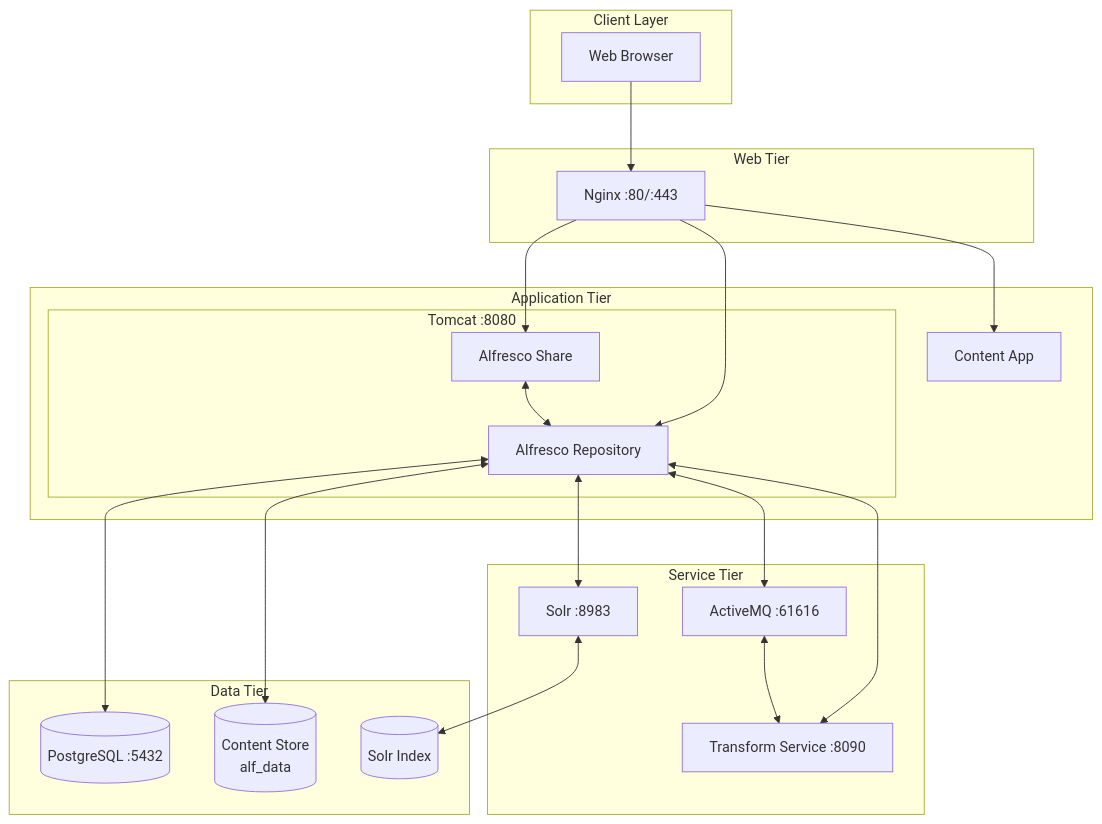
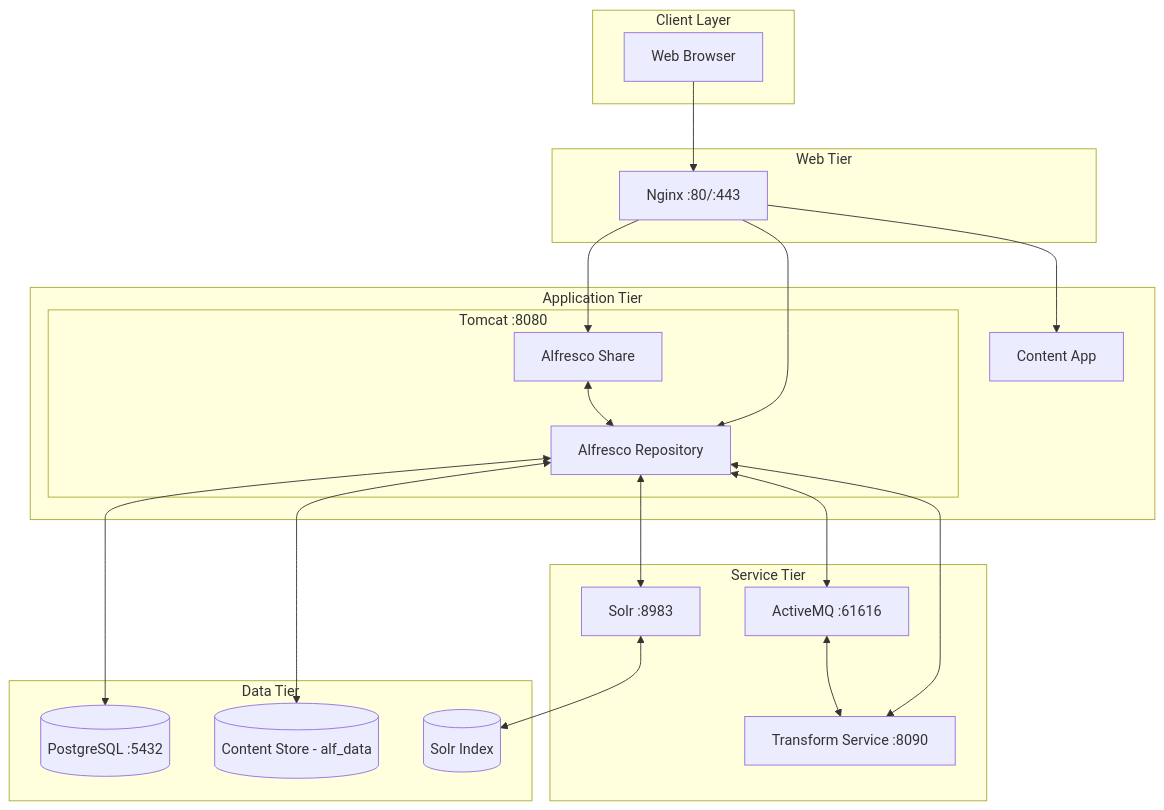
Before and after one commit to aborroy/alfresco-ubuntu-installer: the first of 7 diagrams in README.md, drawn with Mermaid. The commit also changed other lines of this file, not shown here.

Commit message:
Fix diagrams

````diff
--- a/README.md
+++ b/README.md
@@ -13,45 +13,45 @@
 ```mermaid
 flowchart TB
     subgraph client["Client Layer"]
         browser["Web Browser"]
     end
 
     subgraph web["Web Tier"]
         nginx["Nginx :80/:443"]
     end
 
     subgraph app["Application Tier"]
         subgraph tomcat["Tomcat :8080"]
             alfresco["Alfresco Repository"]
             share["Alfresco Share"]
         end
         aca["Content App"]
     end
 
     subgraph services["Service Tier"]
         transform["Transform Service :8090"]
         activemq["ActiveMQ :61616"]
         solr["Solr :8983"]
     end
 
     subgraph data["Data Tier"]
         postgres[("PostgreSQL :5432")]
-        contentstore[("Content Store\nalf_data")]
+        contentstore[("Content Store - alf_data")]
         solrindex[("Solr Index")]
     end
 
     browser --> nginx
     nginx --> aca
     nginx --> alfresco
     nginx --> share
     
     alfresco <--> postgres
     alfresco <--> contentstore
     alfresco <--> activemq
     alfresco <--> solr
     alfresco <--> transform
     
     activemq <--> transform
     solr <--> solrindex
     share <--> alfresco
 ```
````
